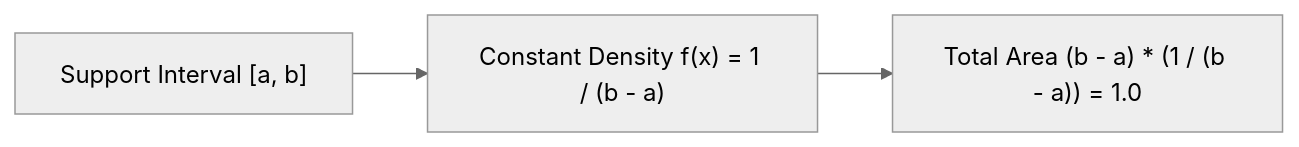
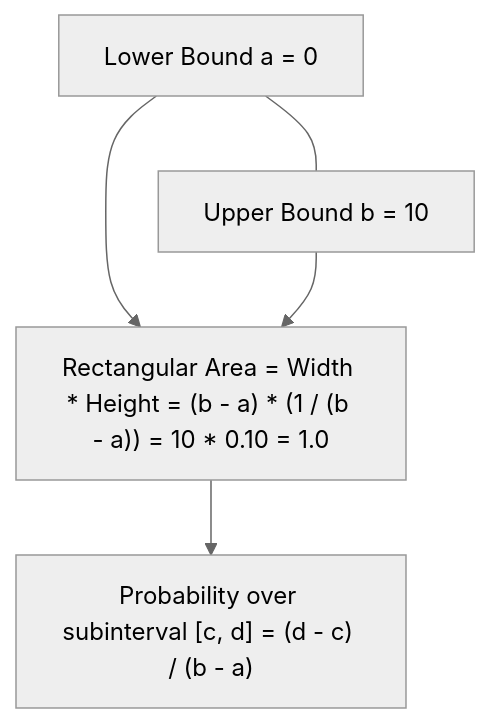
Before and after one commit to S1h2i3v4a/AI_ML: the diagram in lecture_20/Notes_20.19/README.md, drawn with Mermaid (neutral theme). The commit also changed other lines of this file and 203 other files, not shown here.

Commit message:
docs(lectures 19-21): align notes with video lectures, add blackboard diagrams, clean structured functions, and compile vector PDFs

````diff
--- a/lecture_20/Notes_20.19/README.md
+++ b/lecture_20/Notes_20.19/README.md
@@ -14,5 +10,6 @@
 ```mermaid
-flowchart LR
-    A["Support Interval [a, b]"] --> B["Constant Density f(x) = 1 / (b - a)"]
-    B --> C["Total Area (b - a) * (1 / (b - a)) = 1.0"]
+flowchart TD
+    Low["Lower Bound a = 0"] --- High["Upper Bound b = 10"]
+    Low & High --> Rect["Rectangular Area = Width * Height = (b - a) * (1 / (b - a)) = 10 * 0.10 = 1.0"]
+    Rect --> Integral["Probability over subinterval [c, d] = (d - c) / (b - a)"]
 ```
````
